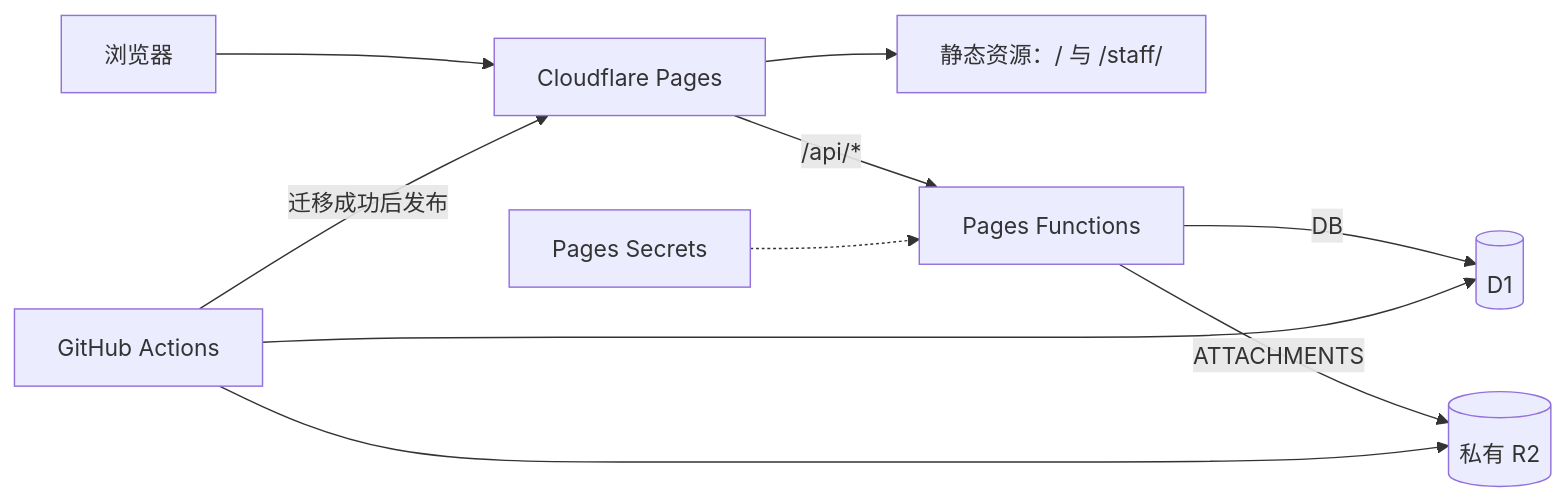
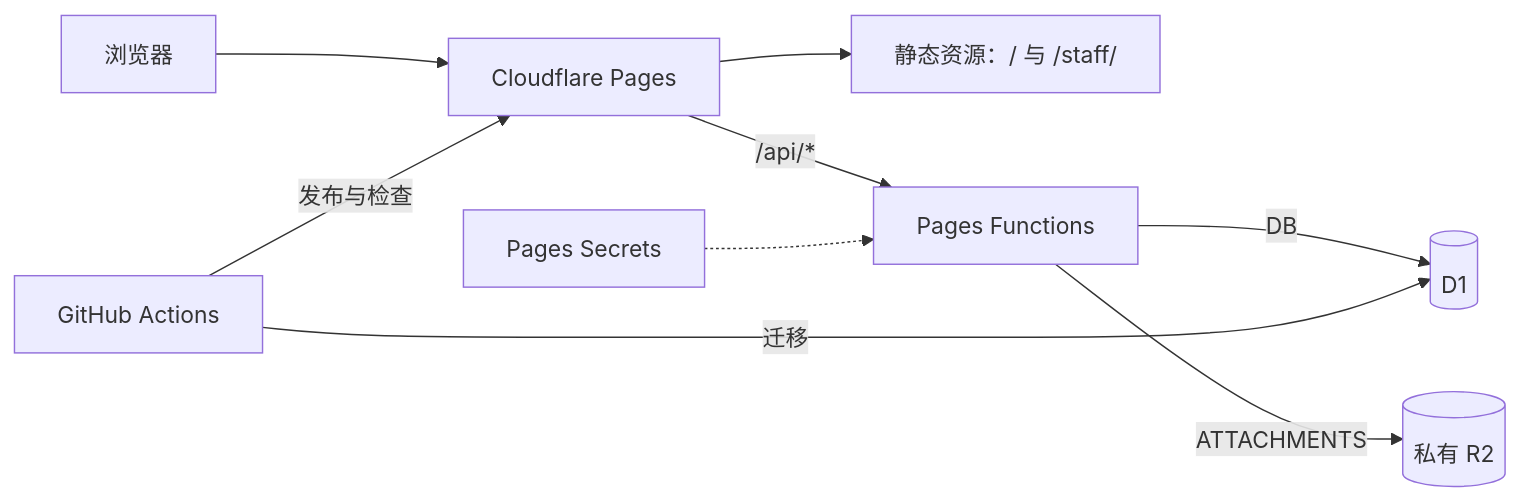
One commit to NEUP-Net-Depart/Pioneer-appointment-system changed the diagram in README.md. Above: the diagram before and after it, drawn with Mermaid. The commit also changed other lines of this file and 27 other files, not shown here.

````diff
--- a/README.md
+++ b/README.md
@@ -24,12 +9,11 @@
 ```mermaid
 flowchart LR
   Browser[浏览器] --> Pages[Cloudflare Pages]
   Pages --> Static[静态资源：/ 与 /staff/]
   Pages -->|/api/*| Functions[Pages Functions]
   Functions -->|DB| D1[(D1)]
   Functions -->|ATTACHMENTS| R2[(私有 R2)]
   Secrets[Pages Secrets] -.-> Functions
-  Actions[GitHub Actions] --> D1
-  Actions -->|迁移成功后发布| Pages
-  Actions --> R2
+  Actions[GitHub Actions] -->|迁移| D1
+  Actions -->|发布与检查| Pages
 ```
````
